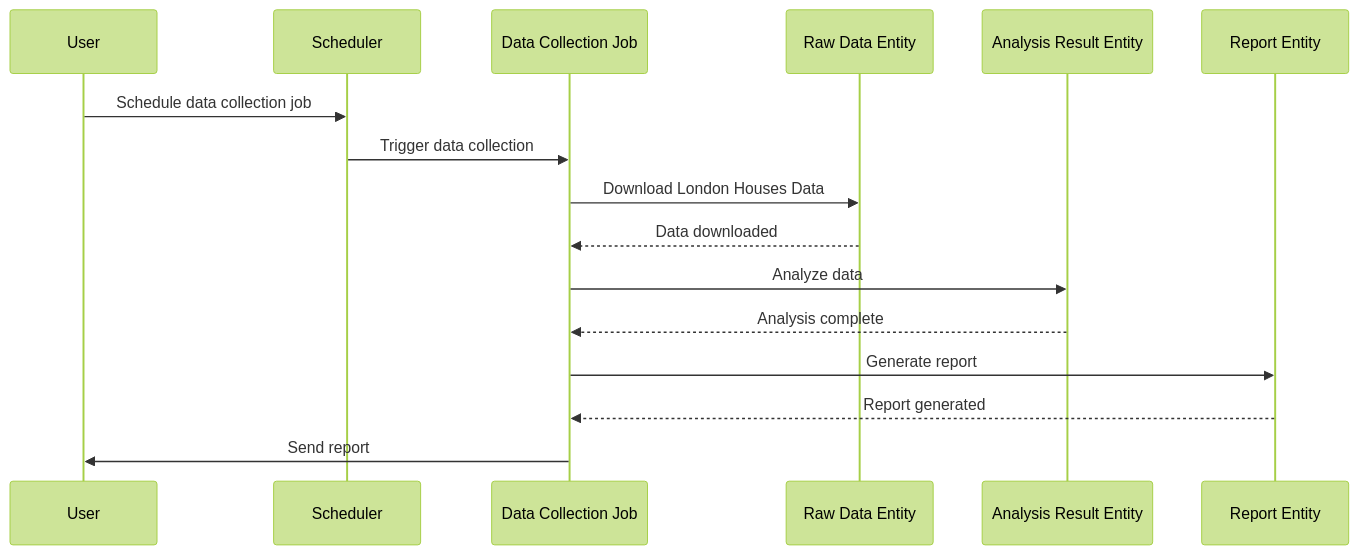
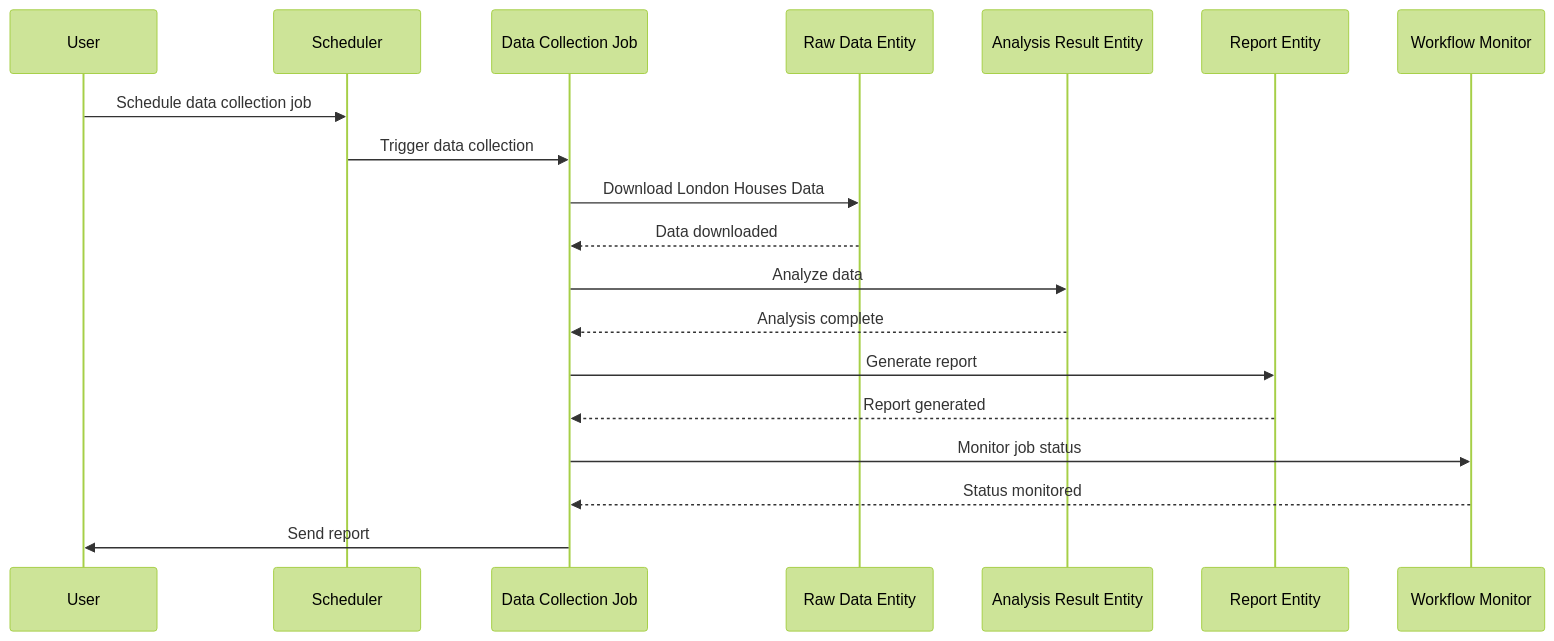
The second of 4 diagrams in entity/app_design_prd.md (Ksenniya/quart-client-template), drawn with Mermaid (forest theme) before and after one commit. The commit also changed other lines of this file, not shown here.

````diff
--- a/entity/app_design_prd.md
+++ b/entity/app_design_prd.md
@@ -51,19 +57,22 @@
 ```mermaid
 sequenceDiagram
     participant User
     participant Scheduler
     participant Data Collection Job
     participant Raw Data Entity
     participant Analysis Result Entity
     participant Report Entity
+    participant Workflow Monitor
     
     User->>Scheduler: Schedule data collection job
     Scheduler->>Data Collection Job: Trigger data collection
     Data Collection Job->>Raw Data Entity: Download London Houses Data
     Raw Data Entity-->>Data Collection Job: Data downloaded
     Data Collection Job->>Analysis Result Entity: Analyze data
     Analysis Result Entity-->>Data Collection Job: Analysis complete
     Data Collection Job->>Report Entity: Generate report
     Report Entity-->>Data Collection Job: Report generated
+    Data Collection Job->>Workflow Monitor: Monitor job status
+    Workflow Monitor-->>Data Collection Job: Status monitored
     Data Collection Job->>User: Send report
 ```
````
